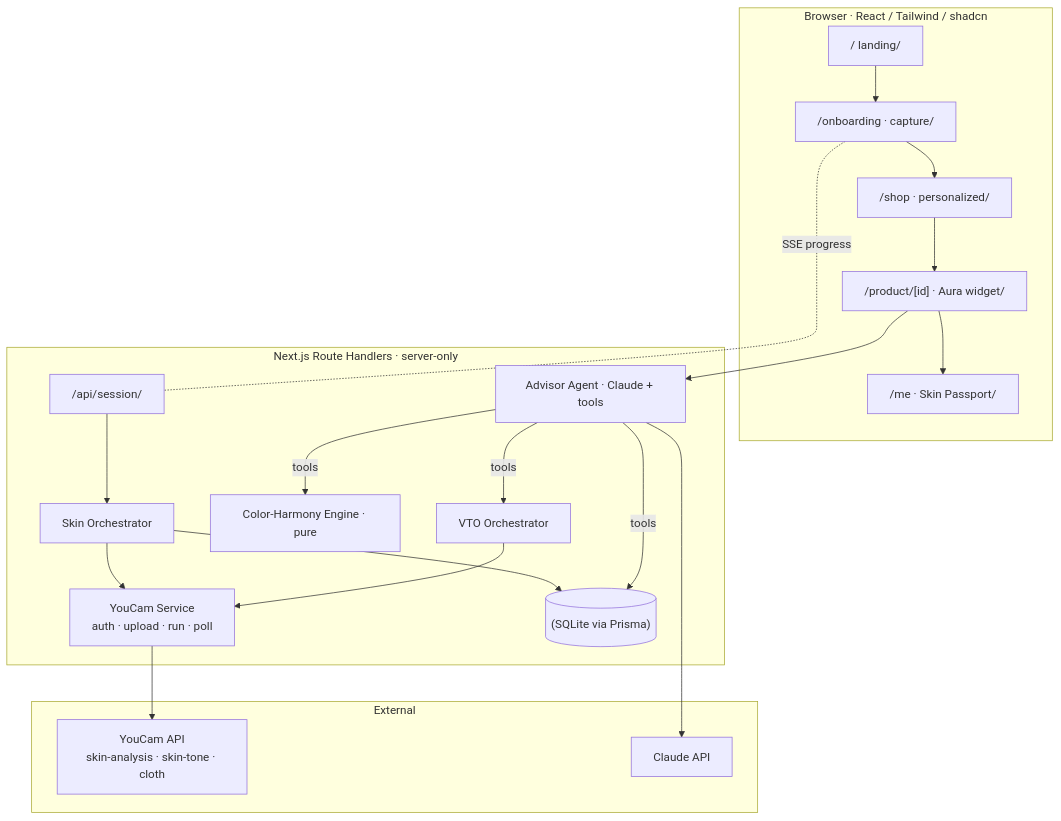
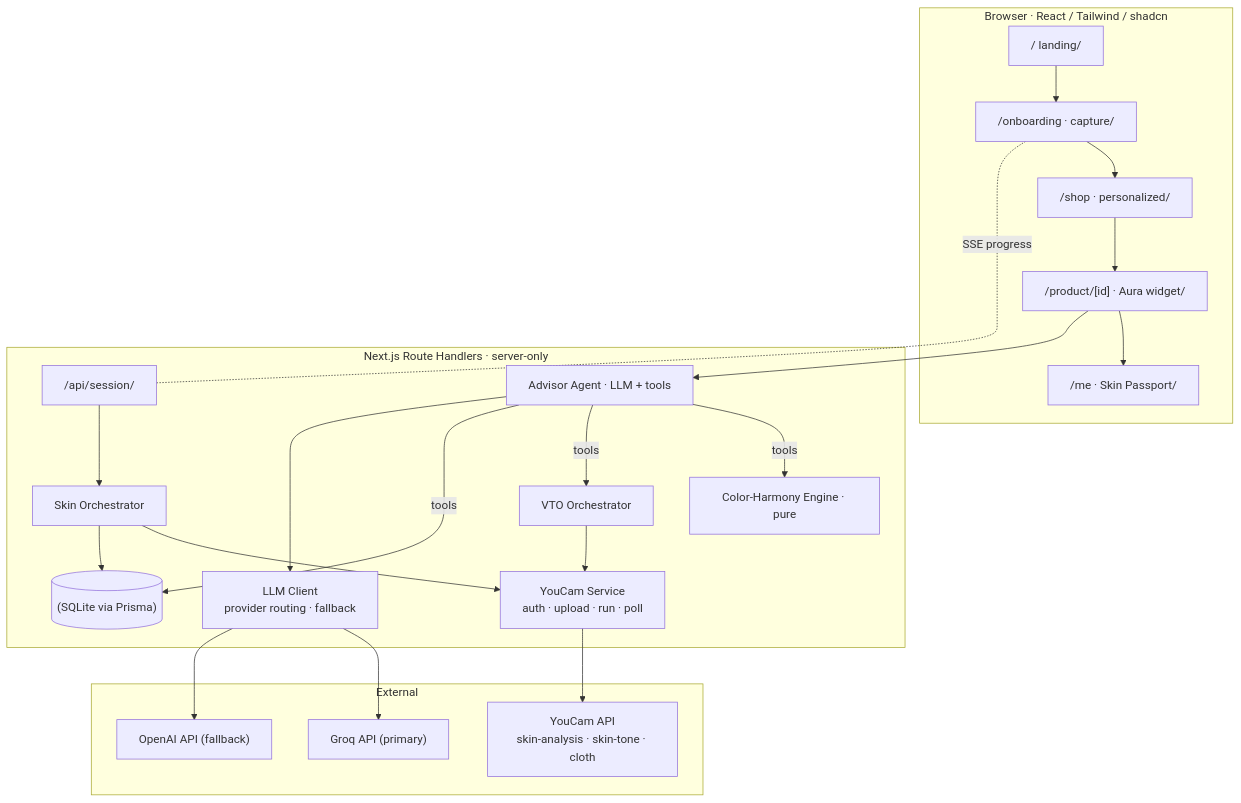
Before and after one commit to rohanjain1648/Aura-The-Confident-Buy-Advisor: the diagram in README.md, drawn with Mermaid. The commit also changed other lines of this file and 5 other files, not shown here.

Commit message:
docs: update for the v2.0 API, the advisor agent and the new catalog

````diff
--- a/README.md
+++ b/README.md
@@ -89,32 +89,35 @@
 ```mermaid
 flowchart TD
     subgraph Client["Browser · React / Tailwind / shadcn"]
         Home["/ landing/"] --> Onb["/onboarding · capture/"]
         Onb --> Shop["/shop · personalized/"]
         Shop --> PDP["/product/[id] · Aura widget/"]
         PDP --> Me["/me · Skin Passport/"]
     end
 
     subgraph Server["Next.js Route Handlers · server-only"]
         Sess["/api/session/"]
         SkinO["Skin Orchestrator"]
         Harmony["Color-Harmony Engine · pure"]
         VtoO["VTO Orchestrator"]
-        Agent["Advisor Agent · Claude + tools"]
+        Agent["Advisor Agent · LLM + tools"]
+        LlmC["LLM Client<br/>provider routing · fallback"]
         YC["YouCam Service<br/>auth · upload · run · poll"]
         DB[("(SQLite via Prisma)")]
     end
 
     subgraph External
         YCAPI["YouCam API<br/>skin-analysis · skin-tone · cloth"]
-        Claude["Claude API"]
+        Groq["Groq API (primary)"]
+        OpenAI["OpenAI API (fallback)"]
     end
 
     Onb -.SSE progress.- Sess
     Sess --> SkinO --> YC --> YCAPI
     SkinO --> DB
     PDP --> Agent
     Agent -->|tools| Harmony & VtoO & DB
-    Agent --> Claude
+    Agent --> LlmC
+    LlmC --> Groq & OpenAI
     VtoO --> YC
 ```
````
